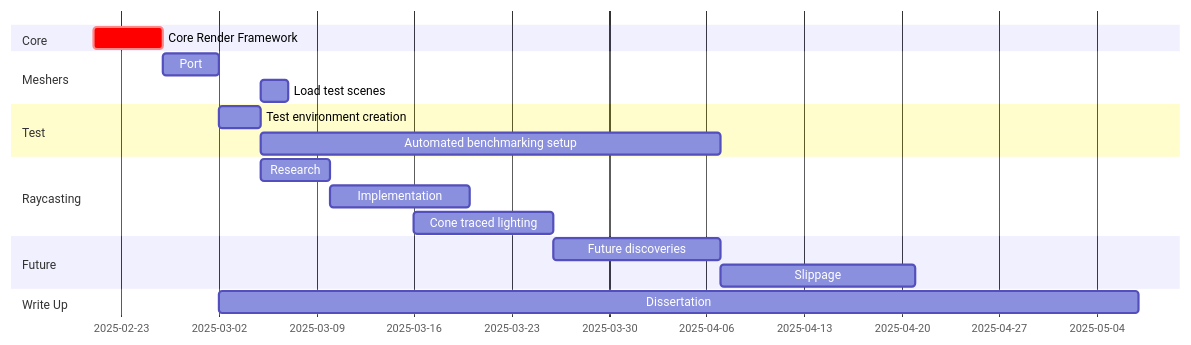
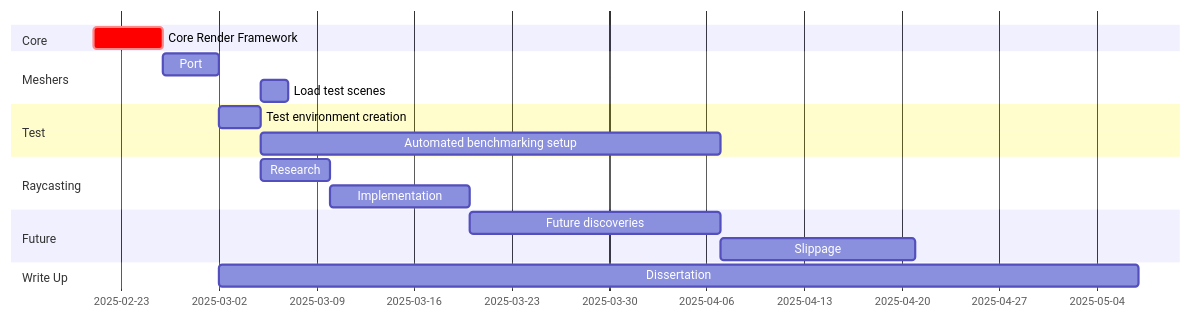
One commit to Miitto/Dissertation changed the diagram in Docs/Draft.md. Above: the diagram before and after it, drawn with Mermaid. The commit also changed other lines of this file and 2 other files, not shown here.

````diff
--- a/Docs/Draft.md
+++ b/Docs/Draft.md
@@ -44,24 +49,23 @@
 ```mermaid
 gantt
-	dateformat DD-MM
-	todaymarker off
-	
-	section Core
-		Core Render Framework :crit, core, 21-02, 5d
-	section Meshers
-		Port :port, after core, 4d
-		Load test scenes :mload, after environ, 2d
-	section Test
-		Test environment creation :environ, after port, 3d
-		Automated benchmarking setup :bench, after environ, until slip
-	section Raycasting
-		Research :rcres, after environ, 5d
-		Implementation :rcim, after rcres, 10d
-		Cone traced lighting :cone, 16-03, 10d
-	section Future
-		Future discoveries :fut, after cone, 07-04
-		Slippage :slip, after fut, 14d
-	section Write Up
-		Dissertation :diss, after port, 07-05
+ dateformat DD-MM
+ todaymarker off
+
+ section Core
+  Core Render Framework :crit, core, 21-02, 5d
+ section Meshers
+  Port :port, after core, 4d
+  Load test scenes :mload, after environ, 2d
+ section Test
+  Test environment creation :environ, after port, 3d
+  Automated benchmarking setup :bench, after environ, until slip
+ section Raycasting
+  Research :rcres, after environ, 5d
+  Implementation :rcim, after rcres, 10d
+ section Future
+  Future discoveries :fut, after rcim, 07-04
+  Slippage :slip, after fut, 14d
+ section Write Up
+  Dissertation :diss, after port, 07-05
 
 ```
````
